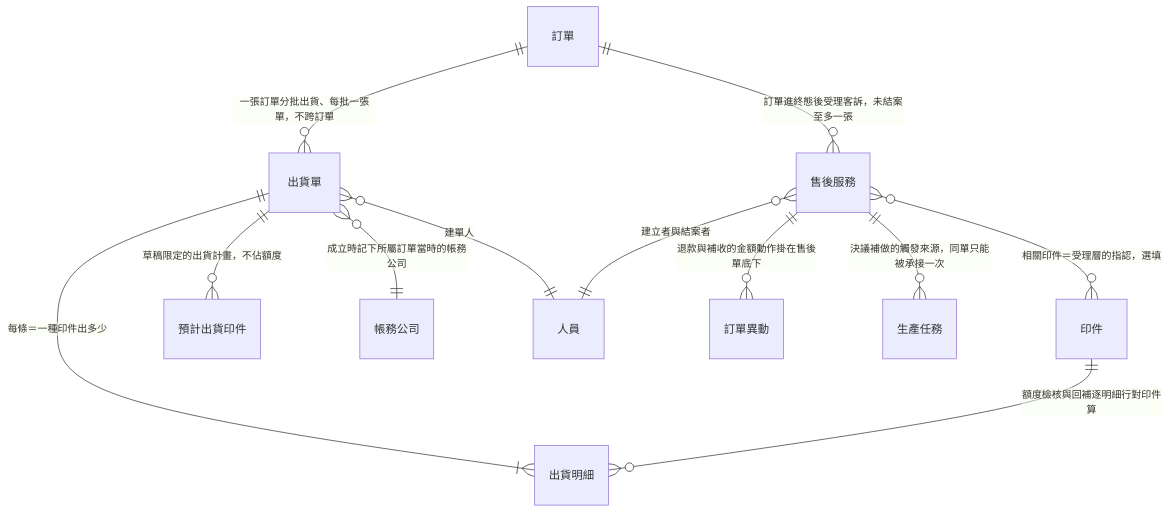
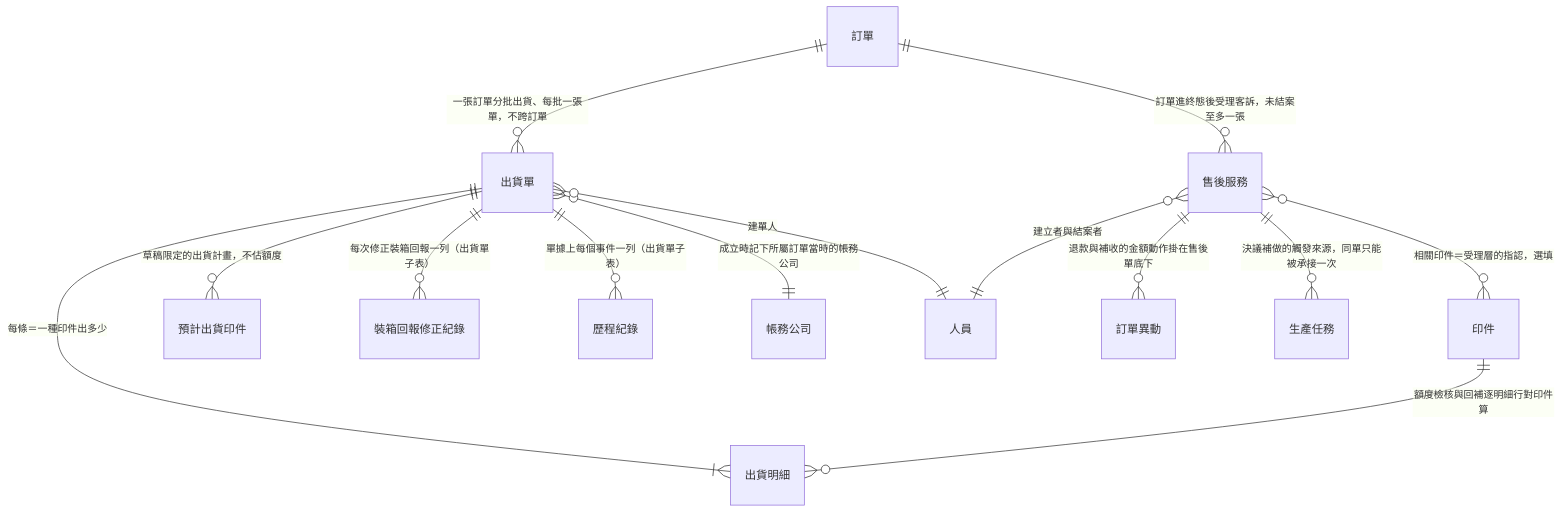
One commit to Kawato-Miles/erp-spec changed the first of 4 diagrams in memory/Sens_wiki/wiki/erp/05-entities/履約與售後資料結構總覽.md. Above: the diagram before and after it, drawn with Mermaid. The commit also changed other lines of this file and 66 other files, not shown here.

````diff
--- a/memory/Sens_wiki/wiki/erp/05-entities/履約與售後資料結構總覽.md
+++ b/memory/Sens_wiki/wiki/erp/05-entities/履約與售後資料結構總覽.md
@@ -21,14 +22,16 @@
 ```mermaid
 erDiagram
     "訂單" ||--o{ "出貨單" : "一張訂單分批出貨、每批一張單，不跨訂單"
     "出貨單" ||--|{ "出貨明細" : "每條＝一種印件出多少"
     "印件" ||--o{ "出貨明細" : "額度檢核與回補逐明細行對印件算"
     "出貨單" ||--o{ "預計出貨印件" : "草稿限定的出貨計畫，不佔額度"
+    "出貨單" ||--o{ "裝箱回報修正紀錄" : "每次修正裝箱回報一列（出貨單子表）"
+    "出貨單" ||--o{ "歷程紀錄" : "單據上每個事件一列（出貨單子表）"
     "出貨單" }o--|| "帳務公司" : "成立時記下所屬訂單當時的帳務公司"
     "出貨單" }o--|| "人員" : "建單人"
     "訂單" ||--o{ "售後服務" : "訂單進終態後受理客訴，未結案至多一張"
     "售後服務" }o--o{ "印件" : "相關印件＝受理層的指認，選填"
     "售後服務" ||--o{ "訂單異動" : "退款與補收的金額動作掛在售後單底下"
     "售後服務" ||--o{ "生產任務" : "決議補做的觸發來源，同單只能被承接一次"
     "售後服務" }o--|| "人員" : "建立者與結案者"
 ```
````
